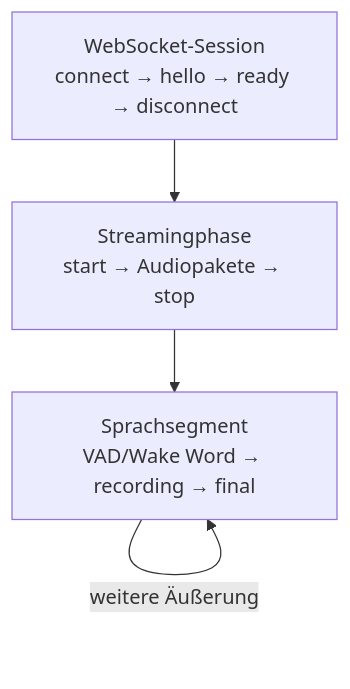
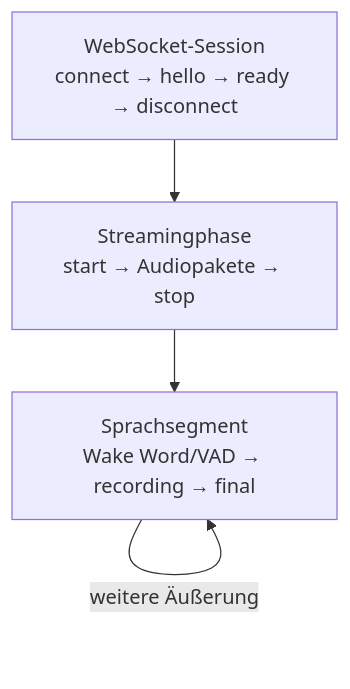
Before and after one commit to marcosudau-vps/voice-stt-server: the diagram in docs/client-development/09-betriebsmodi-und-serverkonfiguration.md, drawn with Mermaid. The commit also changed other lines of this file and 22 other files, not shown here.

Commit message:
feat: add session-local wake word configuration

````diff
--- a/docs/client-development/09-betriebsmodi-und-serverkonfiguration.md
+++ b/docs/client-development/09-betriebsmodi-und-serverkonfiguration.md
@@ -29,9 +29,9 @@
 ```mermaid
 flowchart TD
     A["WebSocket-Session<br/>connect → hello → ready → disconnect"]
     B["Streamingphase<br/>start → Audiopakete → stop"]
-    C["Sprachsegment<br/>VAD/Wake Word → recording → final"]
+    C["Sprachsegment<br/>Wake Word/VAD → recording → final"]
     A --> B
     B --> C
     C -->|"weitere Äußerung"| C
 ```
````
